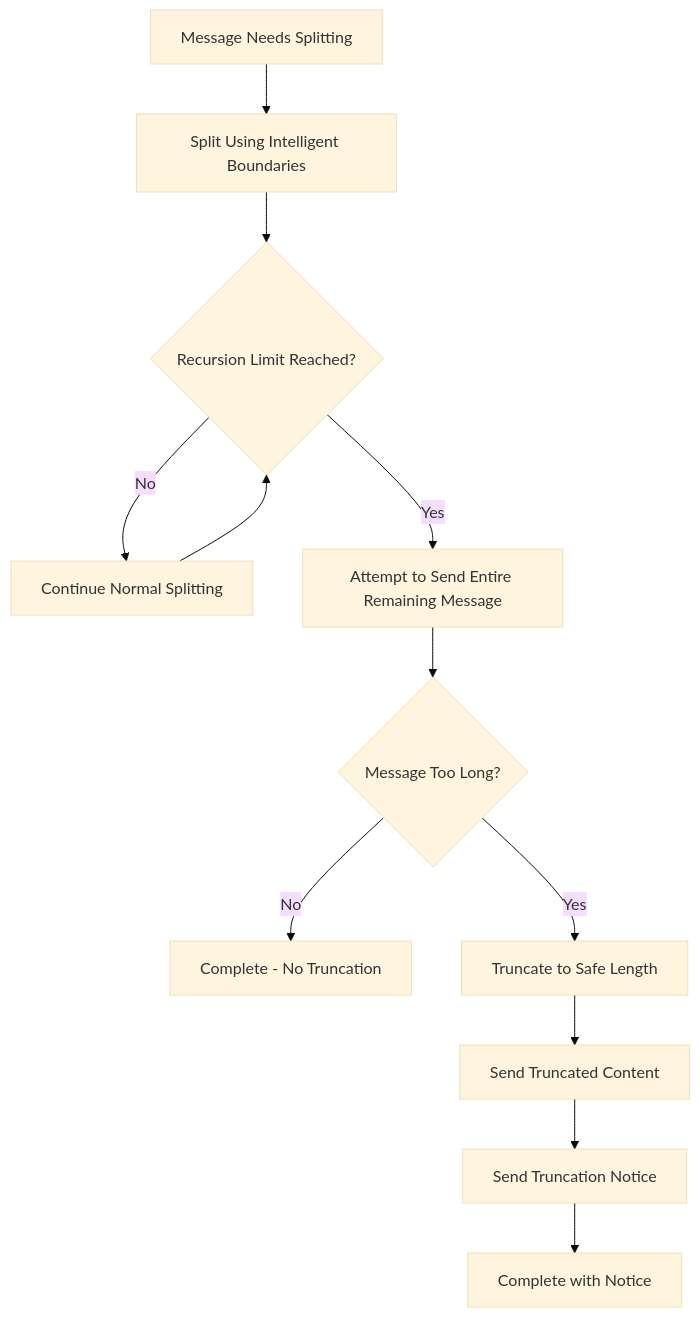
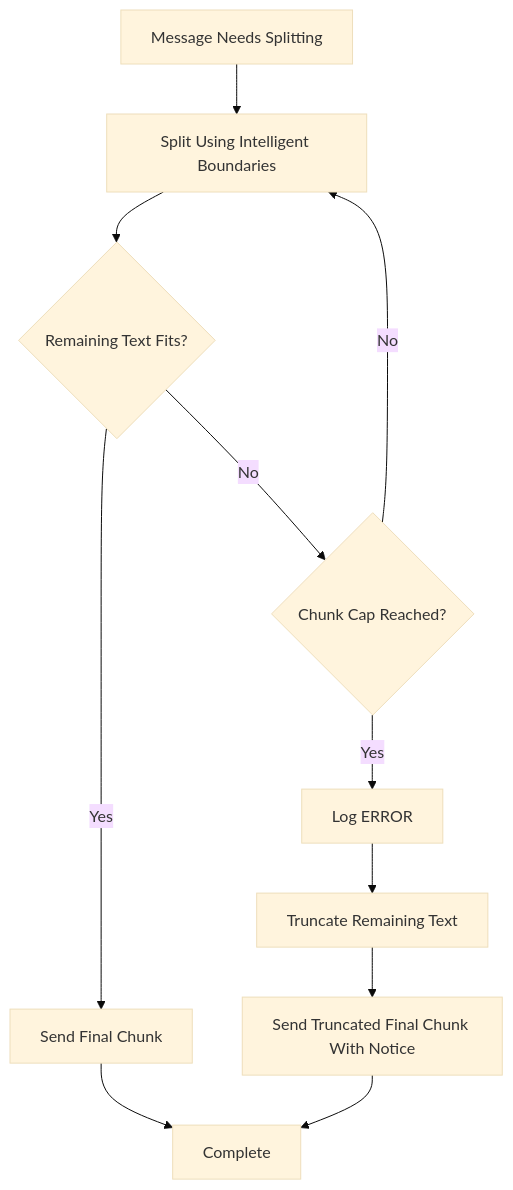
Before and after one commit to johndotpub/DiscordianAI: the fourth of 4 diagrams in docs/MessageSplitting.md, drawn with Mermaid (base theme). The commit also changed other lines of this file and 10 other files, not shown here.

````diff
--- a/docs/MessageSplitting.md
+++ b/docs/MessageSplitting.md
@@ -249,14 +248,13 @@
 ```mermaid
 flowchart TD
     A[Message Needs Splitting] --> B[Split Using Intelligent Boundaries]
-    B --> C{Recursion Limit Reached?}
-    C -->|No| D[Continue Normal Splitting]
-    C -->|Yes| E[Attempt to Send Entire Remaining Message]
-    E --> F{Message Too Long?}
-    F -->|No| G[Complete - No Truncation]
-    F -->|Yes| H[Truncate to Safe Length]
-    H --> I[Send Truncated Content]
-    I --> J[Send Truncation Notice]
-    J --> K[Complete with Notice]
-    D --> C
+    B --> C{Remaining Text Fits?}
+    C -->|Yes| D[Send Final Chunk]
+    C -->|No| E{Chunk Cap Reached?}
+    E -->|No| B
+    E -->|Yes| F[Log ERROR]
+    F --> G[Truncate Remaining Text]
+    G --> H[Send Truncated Final Chunk With Notice]
+    D --> I[Complete]
+    H --> I
 ```
````
